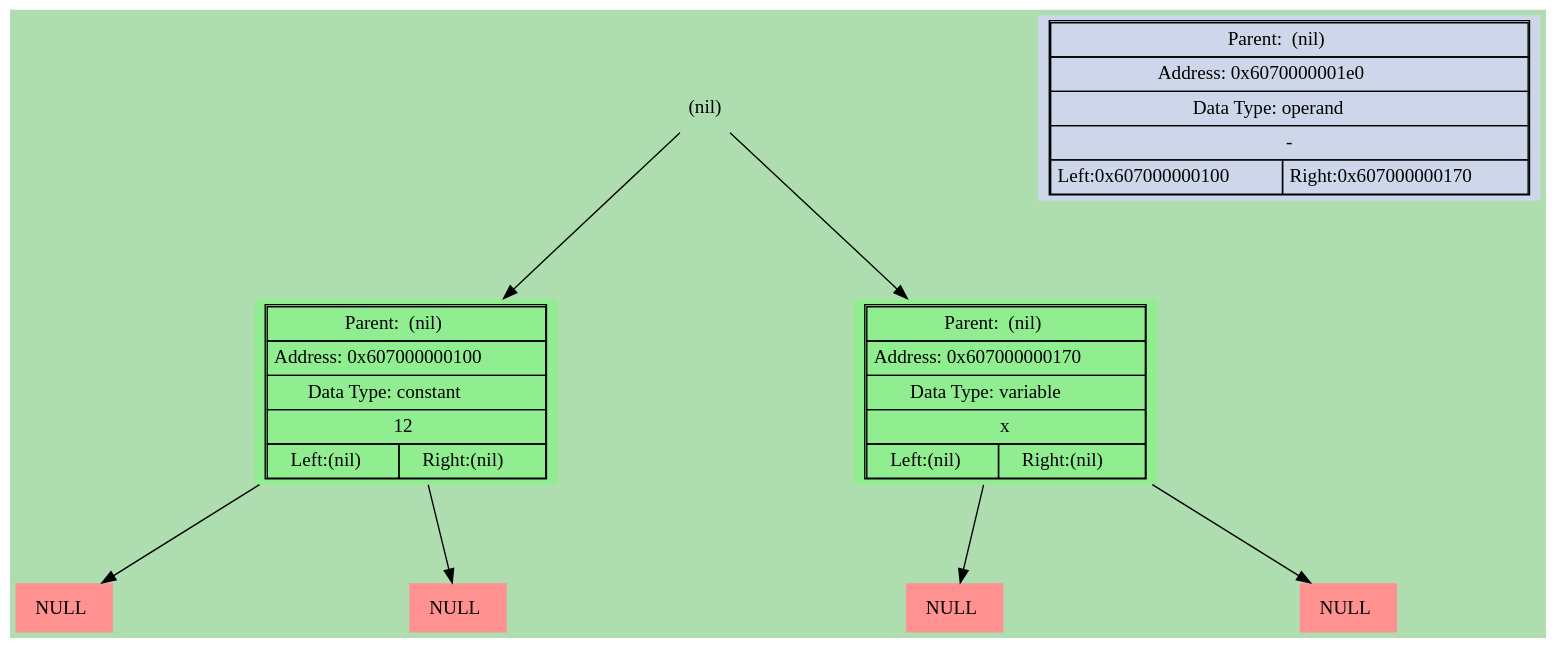
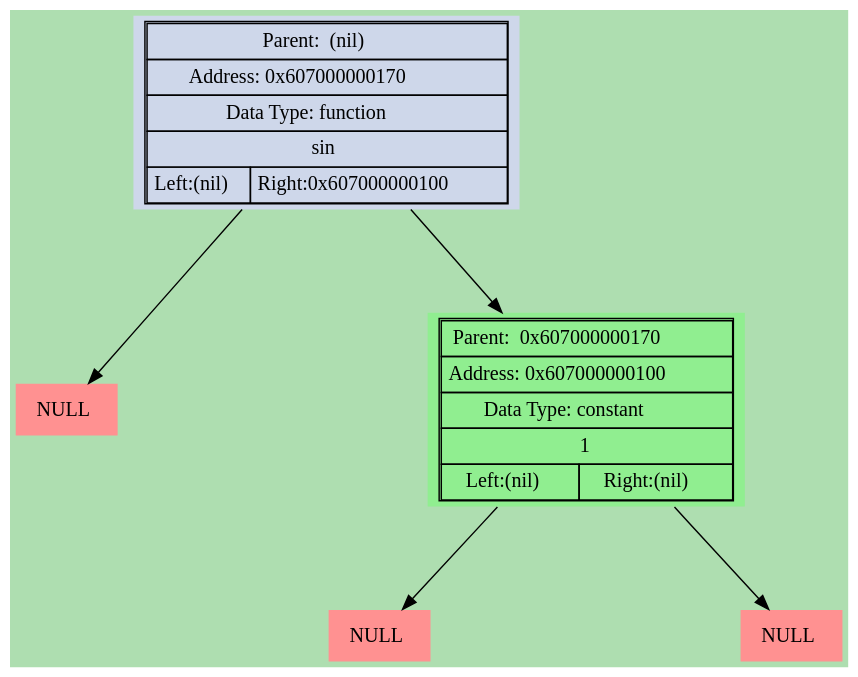
Before and after one commit to bgclutch/differentiator_ded: the diagram in dumps/graphic_dump.dot, drawn with Graphviz. The commit also changed 8 other files, not shown here.

```diff
--- a/dumps/graphic_dump.dot
+++ b/dumps/graphic_dump.dot
@@ -1,58 +1,44 @@
 digraph LIST{
 harset = "UTF-8";
 node [shape=plaintext];
 bgcolor = "#0000aa";
 fontcolor = black;
 fontsize = 18;
 style = "italic";
 margin = 1;
 ranksep = 1;
 nodesep = 3;
 bgcolor = "#aedeb0";
+"0x6070000001a8" [style = "filled", fillcolor = "#ff9191", label=<
+<table border = "0" cellspacing="2" cellpadding="4">
+<tr><td>NULL</td></tr></table>>];
+
+"0x607000000170" -> "0x6070000001a8";
 "0x607000000100" [style = "filled", fillcolor = "lightgreen",label=<
 <table border="1" cellspacing="0" cellpadding="4">
-<tr><td colspan="2">Parent:  (nil)</td></tr>
+<tr><td colspan="2">Parent:  0x607000000170</td></tr>
 <tr><td colspan="2">Address: 0x607000000100</td></tr>
 <tr><td colspan="2">Data Type: constant</td></tr>
-<tr><td colspan="2">12</td></tr>
+<tr><td colspan="2">1</td></tr>
 <tr><td align = "center" >Left:(nil)</td><td align = "center" >Right:(nil)</td></tr></table>>];
 
-"(nil)" -> "0x607000000100";
+"0x607000000170" -> "0x607000000100";
 "0x607000000100" -> "0x607000000138";
 "0x607000000138" [style = "filled", fillcolor = "#ff9191", label=<
 <table border = "0" cellspacing="2" cellpadding="4">
 <tr><td>NULL</td></tr></table>>];
 
 "0x607000000100" -> "0x607000000140";
 "0x607000000140" [style = "filled", fillcolor = "#ff9191", label=<
 <table border = "0" cellspacing="2" cellpadding="4">
 <tr><td>NULL</td></tr></table>>];
 
-"0x607000000170" [style = "filled", fillcolor = "lightgreen",label=<
+"0x607000000170" [style = "filled", fillcolor = "#ced7ea",label=<
 <table border="1" cellspacing="0" cellpadding="4">
 <tr><td colspan="2">Parent:  (nil)</td></tr>
 <tr><td colspan="2">Address: 0x607000000170</td></tr>
-<tr><td colspan="2">Data Type: variable</td></tr>
-<tr><td colspan="2">x</td></tr>
-<tr><td align = "center" >Left:(nil)</td><td align = "center" >Right:(nil)</td></tr></table>>];
-
-"(nil)" -> "0x607000000170";
-"0x607000000170" -> "0x6070000001a8";
-"0x6070000001a8" [style = "filled", fillcolor = "#ff9191", label=<
-<table border = "0" cellspacing="2" cellpadding="4">
-<tr><td>NULL</td></tr></table>>];
-
-"0x607000000170" -> "0x6070000001b0";
-"0x6070000001b0" [style = "filled", fillcolor = "#ff9191", label=<
-<table border = "0" cellspacing="2" cellpadding="4">
-<tr><td>NULL</td></tr></table>>];
-
-"0x6070000001e0" [style = "filled", fillcolor = "#ced7ea",label=<
-<table border="1" cellspacing="0" cellpadding="4">
-<tr><td colspan="2">Parent:  (nil)</td></tr>
-<tr><td colspan="2">Address: 0x6070000001e0</td></tr>
-<tr><td colspan="2">Data Type: operand</td></tr>
-<tr><td colspan="2">-</td></tr>
-<tr><td align = "center" >Left:0x607000000100</td><td align = "center" >Right:0x607000000170</td></tr></table>>];
+<tr><td colspan="2">Data Type: function</td></tr>
+<tr><td colspan="2">sin</td></tr>
+<tr><td align = "center" >Left:(nil)</td><td align = "center" >Right:0x607000000100</td></tr></table>>];
 
 }
```
